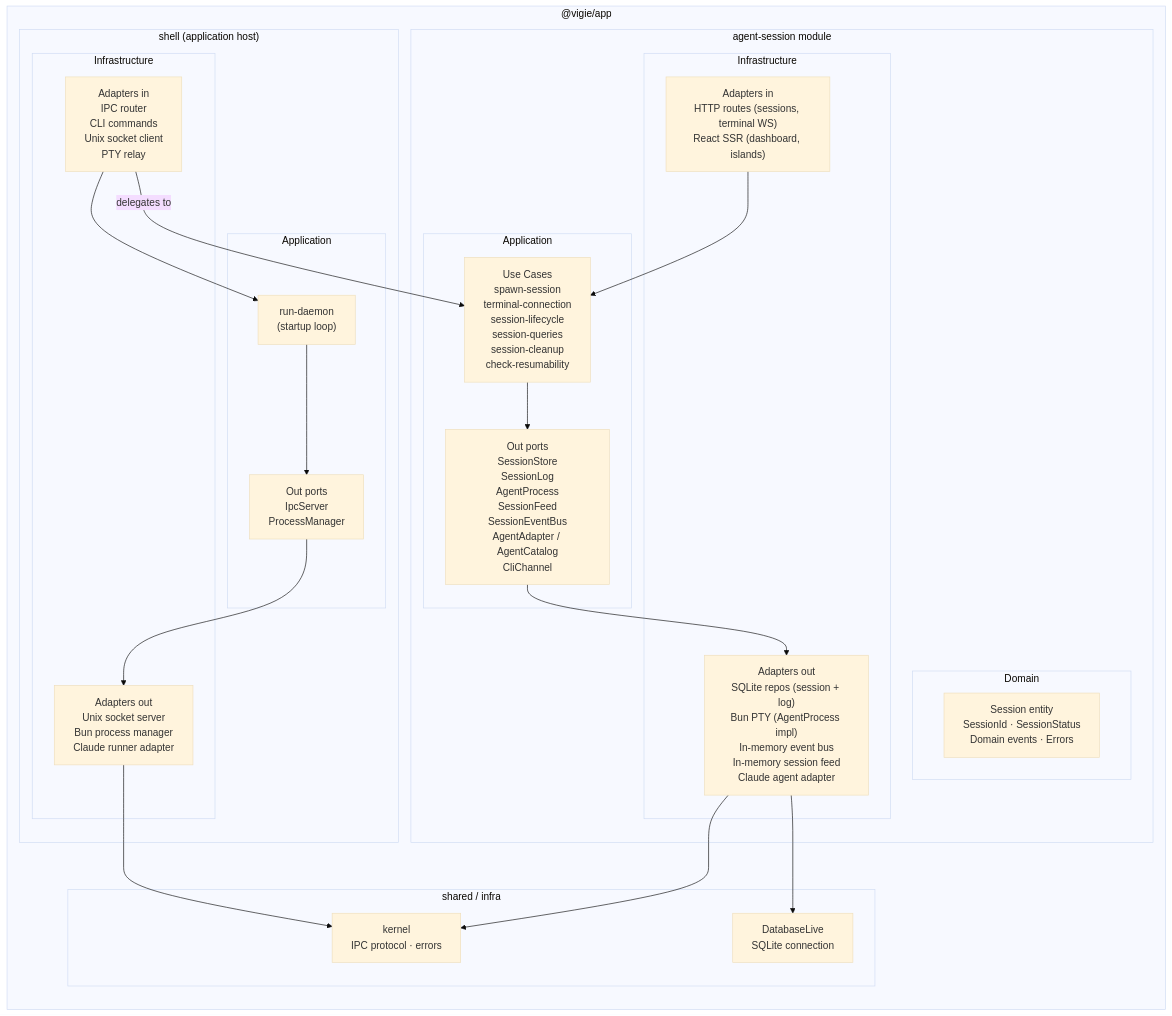
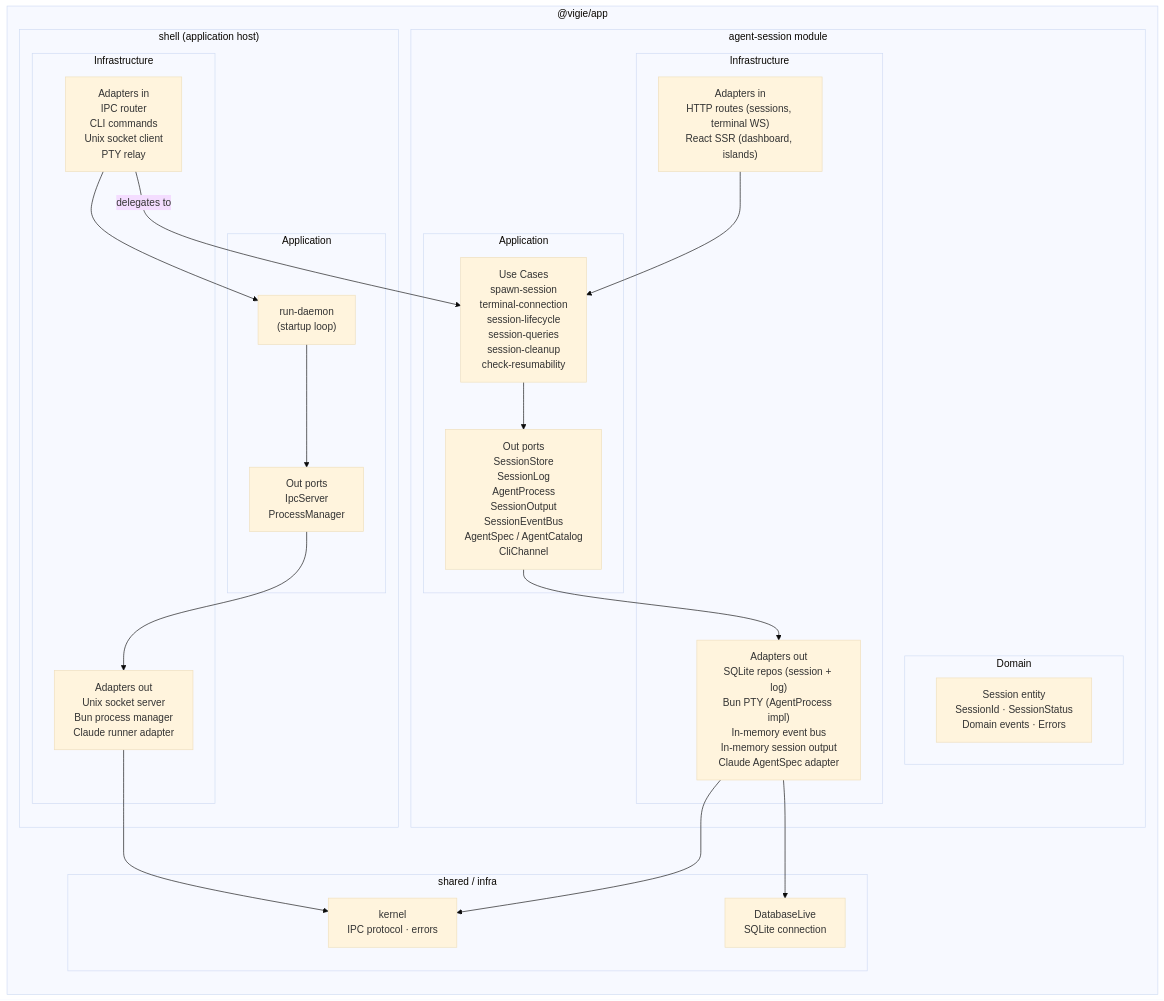
The first of 3 diagrams in docs/architecture/modules.md (get-tmonier/vigie), drawn with Mermaid (base theme) before and after one commit. The commit also changed other lines of this file and 7 other files, not shown here.

First line of the commit message:
docs: add roadmap and codebase audit findingChore/update docs (#32)

````diff
--- a/docs/architecture/modules.md
+++ b/docs/architecture/modules.md
@@ -7,45 +7,45 @@
 ```mermaid
 graph LR
     subgraph app["@vigie/app"]
         subgraph agent_session["agent-session module"]
             subgraph as_domain["Domain"]
                 AS_E["Session entity<br/>SessionId · SessionStatus<br/>Domain events · Errors"]
             end
             subgraph as_app["Application"]
                 AS_UC["Use Cases<br/>spawn-session<br/>terminal-connection<br/>session-lifecycle<br/>session-queries<br/>session-cleanup<br/>check-resumability"]
-                AS_PORT_OUT["Out ports<br/>SessionStore<br/>SessionLog<br/>AgentProcess<br/>SessionFeed<br/>SessionEventBus<br/>AgentAdapter / AgentCatalog<br/>CliChannel"]
+                AS_PORT_OUT["Out ports<br/>SessionStore<br/>SessionLog<br/>AgentProcess<br/>SessionOutput<br/>SessionEventBus<br/>AgentSpec / AgentCatalog<br/>CliChannel"]
             end
             subgraph as_infra["Infrastructure"]
                 AS_IN["Adapters in<br/>HTTP routes (sessions, terminal WS)<br/>React SSR (dashboard, islands)"]
-                AS_OUT["Adapters out<br/>SQLite repos (session + log)<br/>Bun PTY (AgentProcess impl)<br/>In-memory event bus<br/>In-memory session feed<br/>Claude agent adapter"]
+                AS_OUT["Adapters out<br/>SQLite repos (session + log)<br/>Bun PTY (AgentProcess impl)<br/>In-memory event bus<br/>In-memory session output<br/>Claude AgentSpec adapter"]
             end
         end
 
         subgraph shell_mod["shell (application host)"]
             subgraph s_app["Application"]
                 S_UC["run-daemon<br/>(startup loop)"]
                 S_PORT_OUT["Out ports<br/>IpcServer<br/>ProcessManager"]
             end
             subgraph s_infra["Infrastructure"]
                 S_IN["Adapters in<br/>IPC router<br/>CLI commands<br/>Unix socket client<br/>PTY relay"]
                 S_OUT["Adapters out<br/>Unix socket server<br/>Bun process manager<br/>Claude runner adapter"]
             end
         end
 
         subgraph shared["shared / infra"]
             KERNEL["kernel<br/>IPC protocol · errors"]
             DB["DatabaseLive<br/>SQLite connection"]
         end
     end
 
     AS_PORT_OUT --> AS_OUT
     AS_IN --> AS_UC
     AS_UC --> AS_PORT_OUT
     S_IN -->|"delegates to"| AS_UC
     S_IN --> S_UC
     S_UC --> S_PORT_OUT
     S_PORT_OUT --> S_OUT
     AS_OUT --> DB
     S_OUT --> KERNEL
     AS_OUT --> KERNEL
 ```
````
